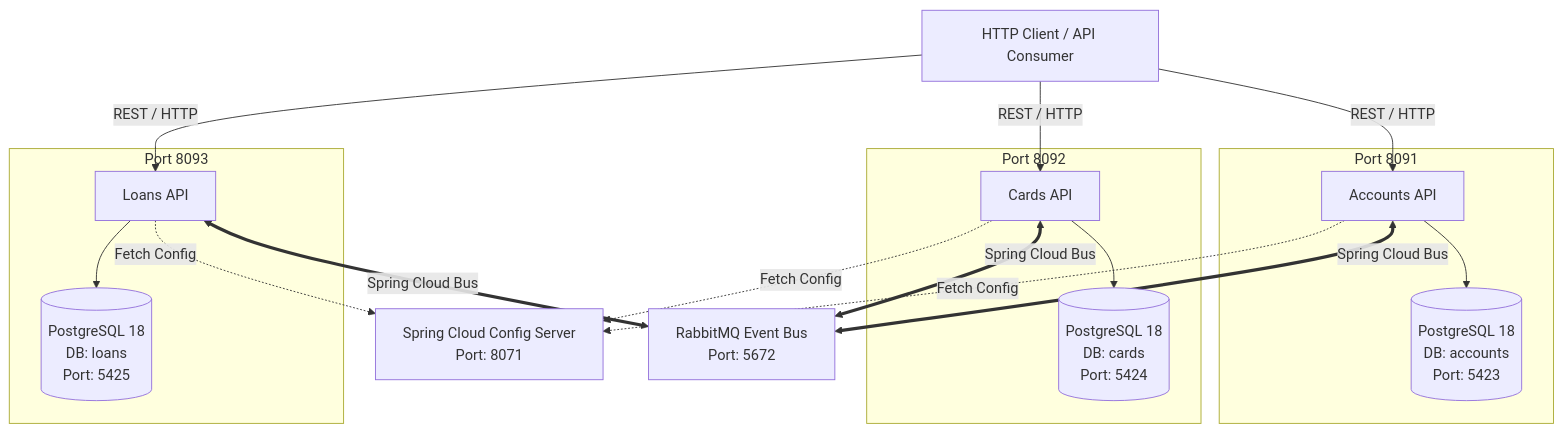
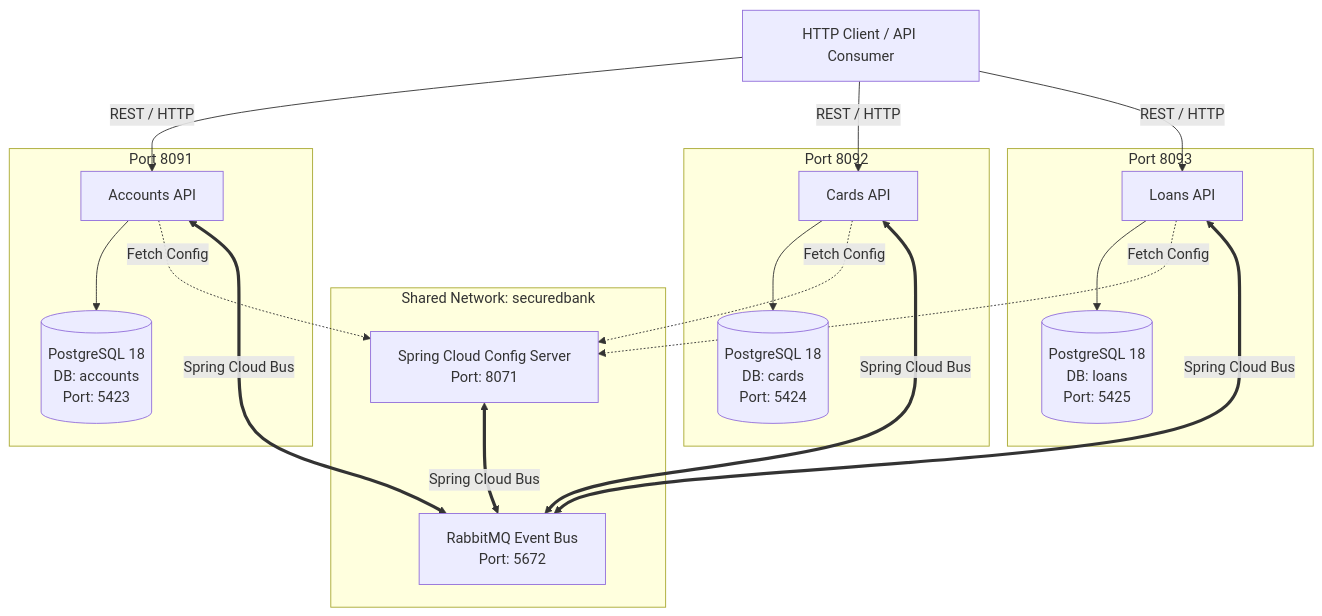
The diagram in README.md (cham207388/master-ms-sb), drawn with Mermaid before and after one commit. The commit also changed other lines of this file and 16 other files, not shown here.

Commit message:
chore: restructure microservices architecture, add Config Server documentation, and update Docker Compose and build configurations

````diff
--- a/README.md
+++ b/README.md
@@ -19,36 +19,40 @@
 ```mermaid
 graph TD
     Client[HTTP Client / API Consumer]
-    ConfigServer[Spring Cloud Config Server<br/>Port: 8071]
-    RabbitMQ[RabbitMQ Event Bus<br/>Port: 5672]
+
+    subgraph Infrastructure [Shared Network: securedbank]
+        ConfigServer[Spring Cloud Config Server<br/>Port: 8071]
+        RabbitMQ[RabbitMQ Event Bus<br/>Port: 5672]
+    end
 
     subgraph Accounts Microservice [Port 8091]
         AccountsApp[Accounts API]
         AccountsDB[(PostgreSQL 18<br/>DB: accounts<br/>Port: 5423)]
         AccountsApp --> AccountsDB
     end
 
     subgraph Cards Microservice [Port 8092]
         CardsApp[Cards API]
         CardsDB[(PostgreSQL 18<br/>DB: cards<br/>Port: 5424)]
         CardsApp --> CardsDB
     end
 
     subgraph Loans Microservice [Port 8093]
         LoansApp[Loans API]
         LoansDB[(PostgreSQL 18<br/>DB: loans<br/>Port: 5425)]
         LoansApp --> LoansDB
     end
 
     AccountsApp -.->|Fetch Config| ConfigServer
     CardsApp -.->|Fetch Config| ConfigServer
     LoansApp -.->|Fetch Config| ConfigServer
 
     AccountsApp <==>|Spring Cloud Bus| RabbitMQ
     CardsApp <==>|Spring Cloud Bus| RabbitMQ
     LoansApp <==>|Spring Cloud Bus| RabbitMQ
+    ConfigServer <==>|Spring Cloud Bus| RabbitMQ
 
     Client -->|REST / HTTP| AccountsApp
     Client -->|REST / HTTP| CardsApp
     Client -->|REST / HTTP| LoansApp
 ```
````
